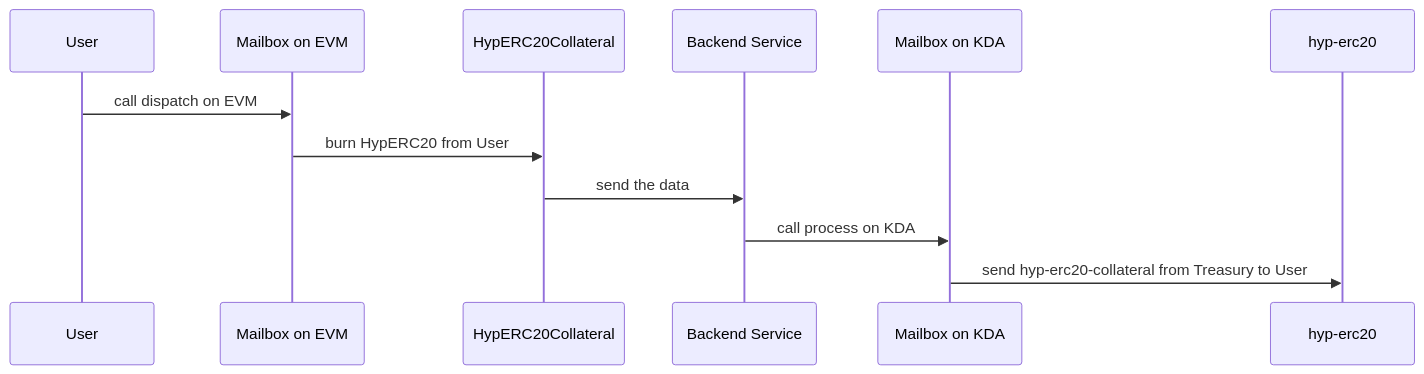
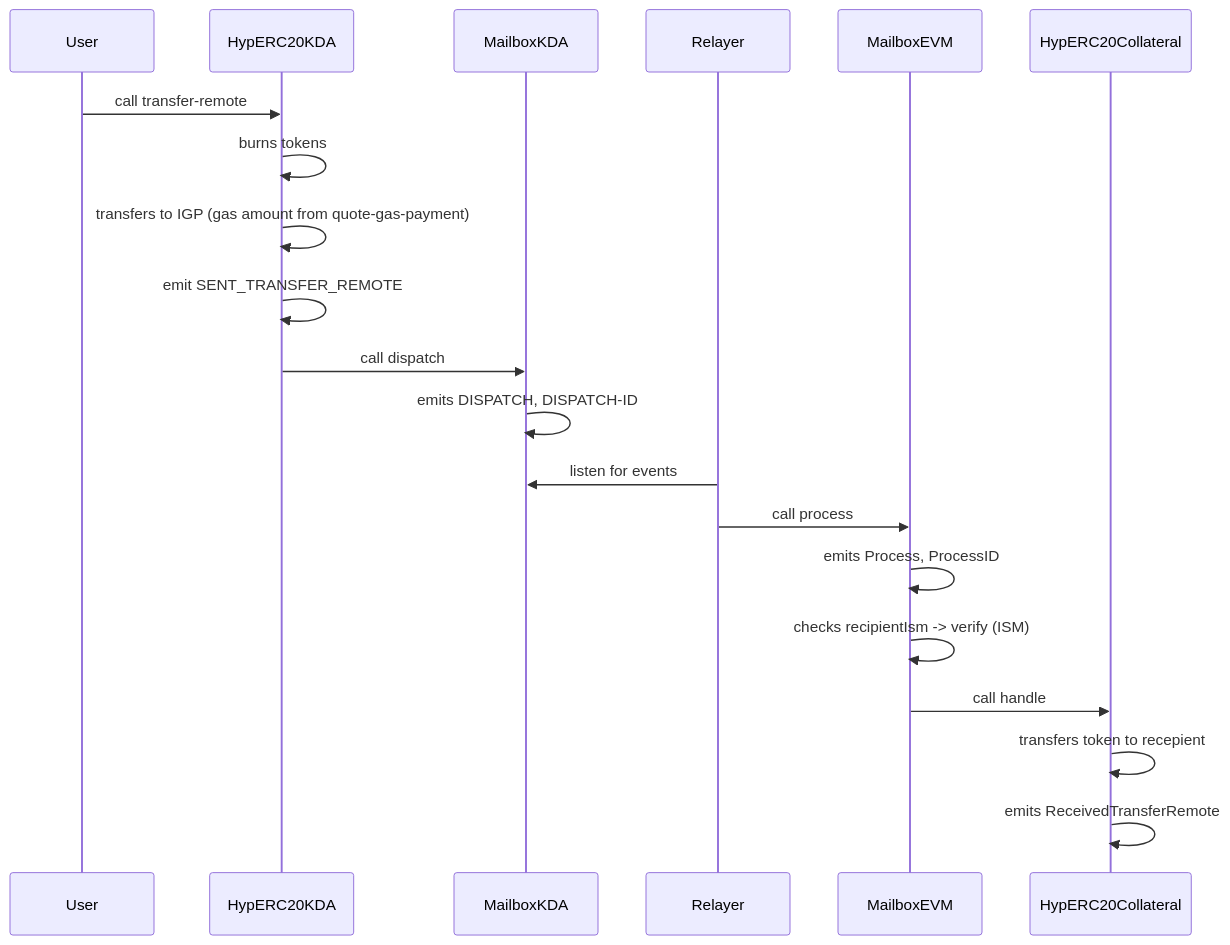
Before and after one commit to RastkoDev/smart-contracts: the seventh of 8 diagrams in docs/bridge-flow.md, drawn with Mermaid. The commit also changed other lines of this file, not shown here.

Commit message:
docs: update bridge flow documentation with detailed sequence diagrams

````diff
--- a/docs/bridge-flow.md
+++ b/docs/bridge-flow.md
@@ -63,15 +174,24 @@
 ```mermaid
 sequenceDiagram
-    participant U as User
-    participant MEVM as Mailbox on EVM
-    participant EVM as HypERC20Collateral
-    participant BE as Backend Service
-    participant MKDA as Mailbox on KDA
-    participant KDA as hyp-erc20
+    participant User
+    participant HypERC20KDA as HypERC20KDA
+    participant MailboxKDA as MailboxKDA
+    participant Relayer
+    participant MailboxETH as MailboxEVM
+    participant HypERC20ETH as HypERC20Collateral
 
-    U->>MEVM: call dispatch on EVM
-    MEVM->>EVM: burn HypERC20 from User
-    EVM->>BE: send the data
-    BE->>MKDA: call process on KDA
-    MKDA->>KDA: send hyp-erc20-collateral from Treasury to User
+    User->>HypERC20KDA: call transfer-remote
+    HypERC20KDA->>HypERC20KDA: burns tokens
+    HypERC20KDA->>HypERC20KDA: transfers to IGP (gas amount from quote-gas-payment)
+    HypERC20KDA->>HypERC20KDA: emit SENT_TRANSFER_REMOTE
+
+    HypERC20KDA->>MailboxKDA: call dispatch
+    MailboxKDA->>MailboxKDA: emits DISPATCH, DISPATCH-ID
+    Relayer->>MailboxKDA: listen for events
+    Relayer->>MailboxETH: call process
+    MailboxETH->>MailboxETH: emits Process, ProcessID
+    MailboxETH->>MailboxETH: checks recipientIsm -> verify (ISM)
+    MailboxETH->>HypERC20ETH: call handle
+    HypERC20ETH->>HypERC20ETH: transfers token to recepient
+    HypERC20ETH->>HypERC20ETH: emits ReceivedTransferRemote
 ```
````
